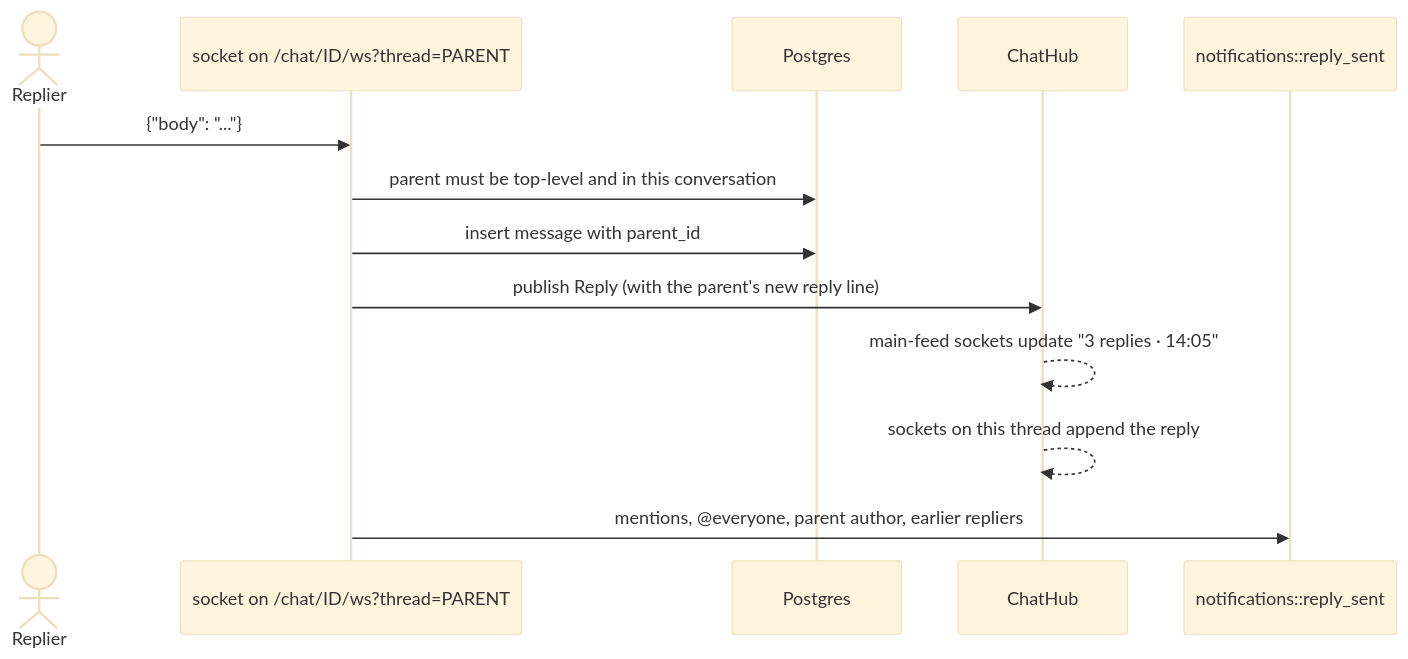
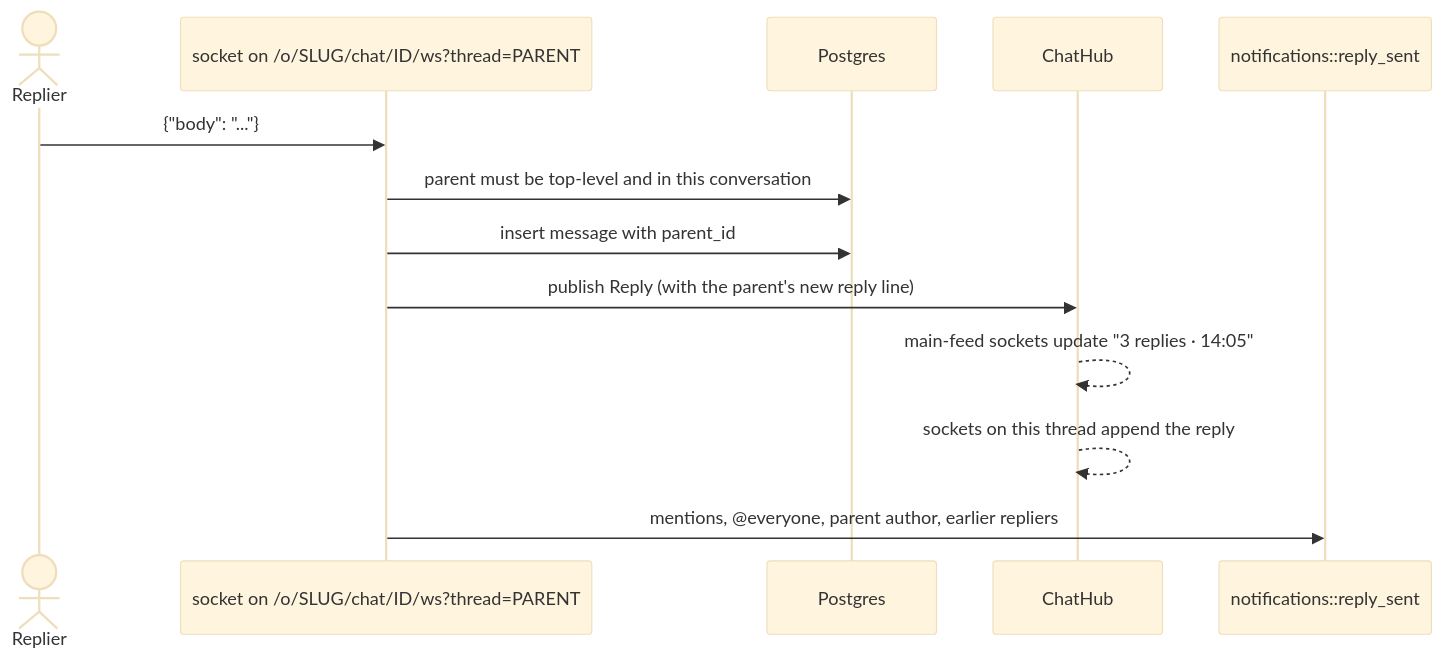
One commit to rajgurung/collaboration_tool changed the third of 3 diagrams in docs/flows/chat.md. Above: the diagram before and after it, drawn with Mermaid (base theme). The commit also changed other lines of this file and 11 other files, not shown here.

````diff
--- a/docs/flows/chat.md
+++ b/docs/flows/chat.md
@@ -130,15 +134,15 @@
 ```mermaid
 sequenceDiagram
     actor R as Replier
-    participant WS as socket on /chat/ID/ws?thread=PARENT
+    participant WS as socket on /o/SLUG/chat/ID/ws?thread=PARENT
     participant DB as Postgres
     participant Hub as ChatHub
     participant N as notifications::reply_sent
     R->>WS: {"body": "..."}
     WS->>DB: parent must be top-level and in this conversation
     WS->>DB: insert message with parent_id
     WS->>Hub: publish Reply (with the parent's new reply line)
     Hub-->>Hub: main-feed sockets update "3 replies · 14:05"
     Hub-->>Hub: sockets on this thread append the reply
     WS->>N: mentions, @everyone, parent author, earlier repliers
 ```
````
